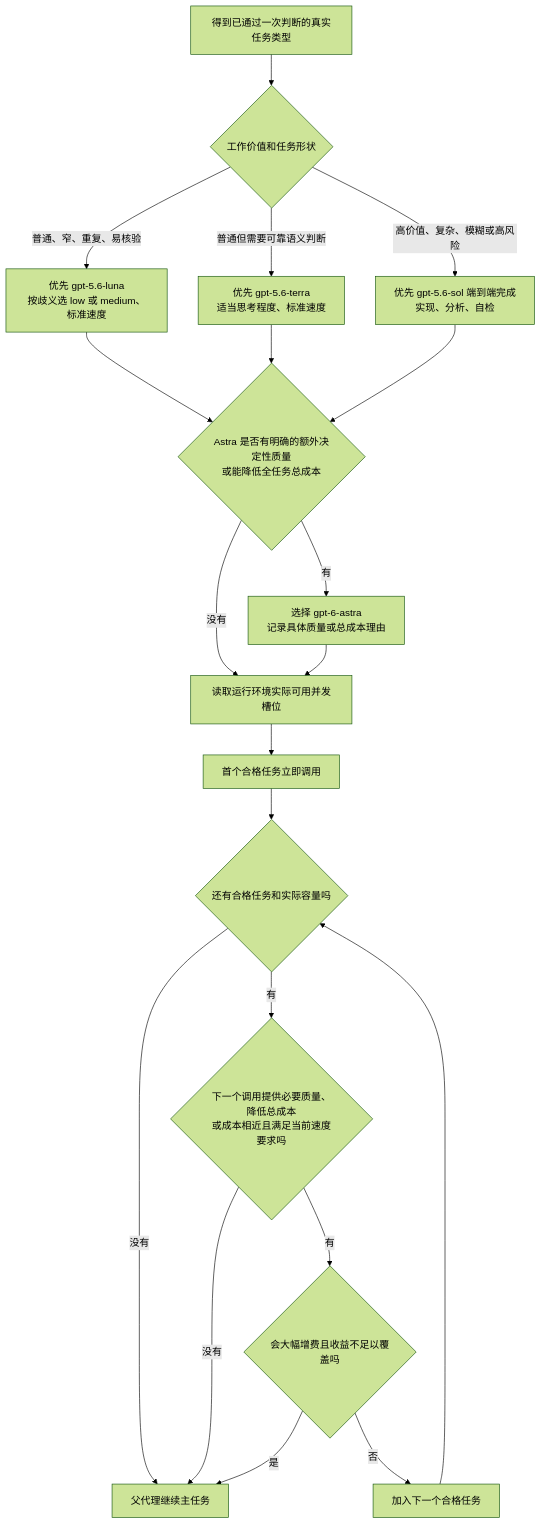
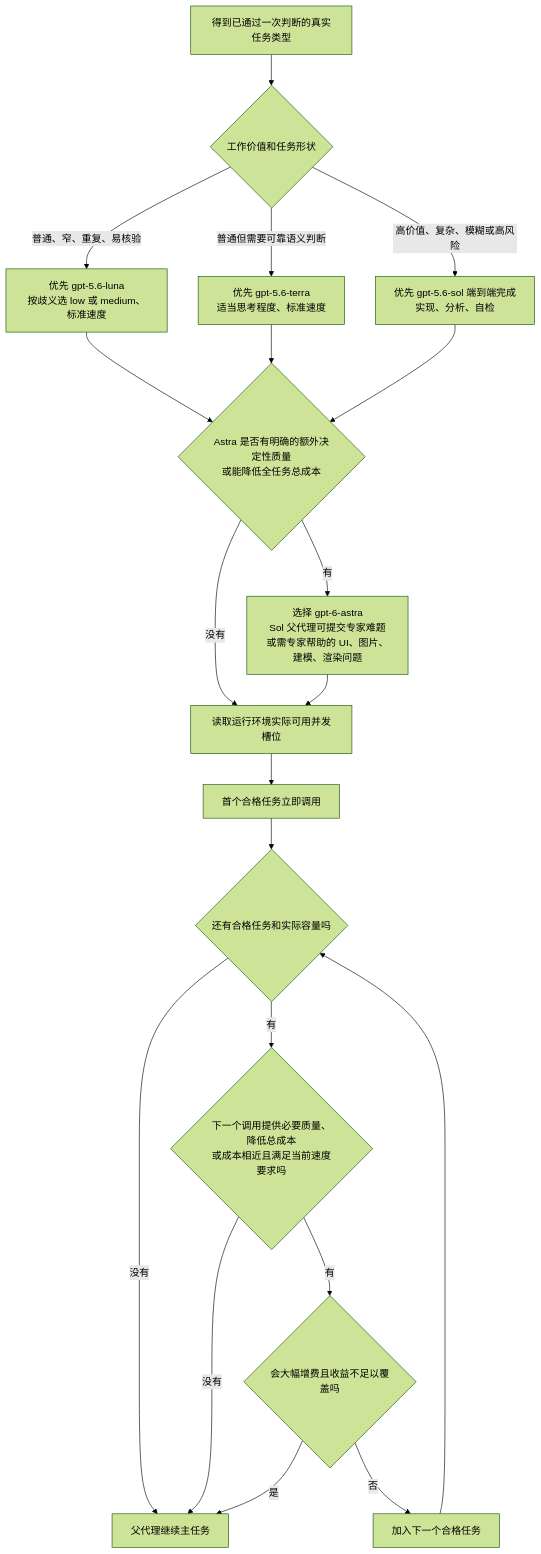
The third of 13 diagrams in skills/lean-stack/references/flowcharts-zh.md (Lang45/codex-lean-stack), drawn with Mermaid (forest theme) before and after one commit. The commit also changed other lines of this file and 8 other files, not shown here.

Commit message:
feat: allow bounded Astra expert assistance from Sol

````diff
--- a/skills/lean-stack/references/flowcharts-zh.md
+++ b/skills/lean-stack/references/flowcharts-zh.md
@@ -282,22 +286,22 @@
 ```mermaid
 flowchart TD
     A[得到已通过一次判断的真实任务类型] --> A0{工作价值和任务形状}
     A0 -->|普通、窄、重复、易核验| AL[优先 gpt-5.6-luna<br/>按歧义选 low 或 medium、标准速度]
     A0 -->|普通但需要可靠语义判断| AT[优先 gpt-5.6-terra<br/>适当思考程度、标准速度]
     A0 -->|高价值、复杂、模糊或高风险| AS[优先 gpt-5.6-sol 端到端完成<br/>实现、分析、自检]
     AL --> AH{Astra 是否有明确的额外决定性质量<br/>或能降低全任务总成本}
     AT --> AH
     AS --> AH
     AH -->|没有| B[读取运行环境实际可用并发槽位]
-    AH -->|有| AA[选择 gpt-6-astra<br/>记录具体质量或总成本理由]
+    AH -->|有| AA[选择 gpt-6-astra<br/>Sol 父代理可提交专家难题或需专家帮助的 UI、图片、建模、渲染问题]
     AA --> B
     B --> C[首个合格任务立即调用]
     C --> D{还有合格任务和实际容量吗}
     D -->|没有| E[父代理继续主任务]
     D -->|有| F{下一个调用提供必要质量、降低总成本<br/>或成本相近且满足当前速度要求吗}
     F -->|没有| E
     F -->|有| G{会大幅增费且收益不足以覆盖吗}
     G -->|是| E
     G -->|否| H[加入下一个合格任务]
     H --> D
 ```
````
